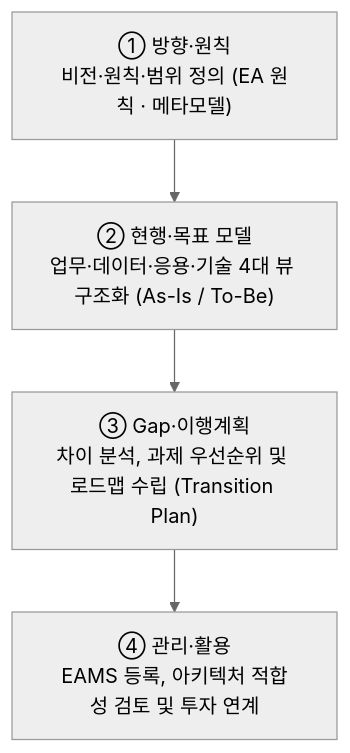
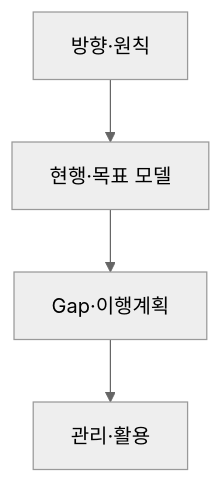
Before and after one commit to agnusdei1207/study: the first of 3 diagrams in src/content/docs/notes/itpe/01-it-strategy/107_ea_ita.md, drawn with Mermaid (neutral theme). The commit also changed other lines of this file and 18 other files, not shown here.

````diff
--- a/src/content/docs/notes/itpe/01-it-strategy/107_ea_ita.md
+++ b/src/content/docs/notes/itpe/01-it-strategy/107_ea_ita.md
@@ -60,8 +59,4 @@
 ```mermaid
 flowchart TD
-    S1["① 방향·원칙<br/>비전·원칙·범위 정의 (EA 원칙 · 메타모델)"]
-    S2["② 현행·목표 모델<br/>업무·데이터·응용·기술 4대 뷰 구조화 (As-Is / To-Be)"]
-    S3["③ Gap·이행계획<br/>차이 분석, 과제 우선순위 및 로드맵 수립 (Transition Plan)"]
-    S4["④ 관리·활용<br/>EAMS 등록, 아키텍처 적합성 검토 및 투자 연계"]
-    S1 --> S2 --> S3 --> S4
+    S1["방향·원칙"] --> S2["현행·목표 모델"] --> S3["Gap·이행계획"] --> S4["관리·활용"]
 ```
````
